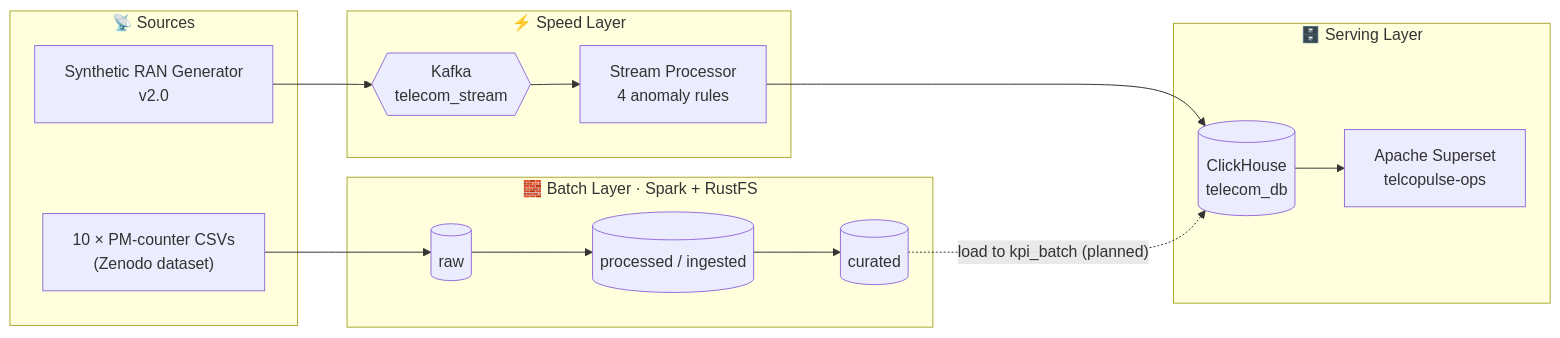
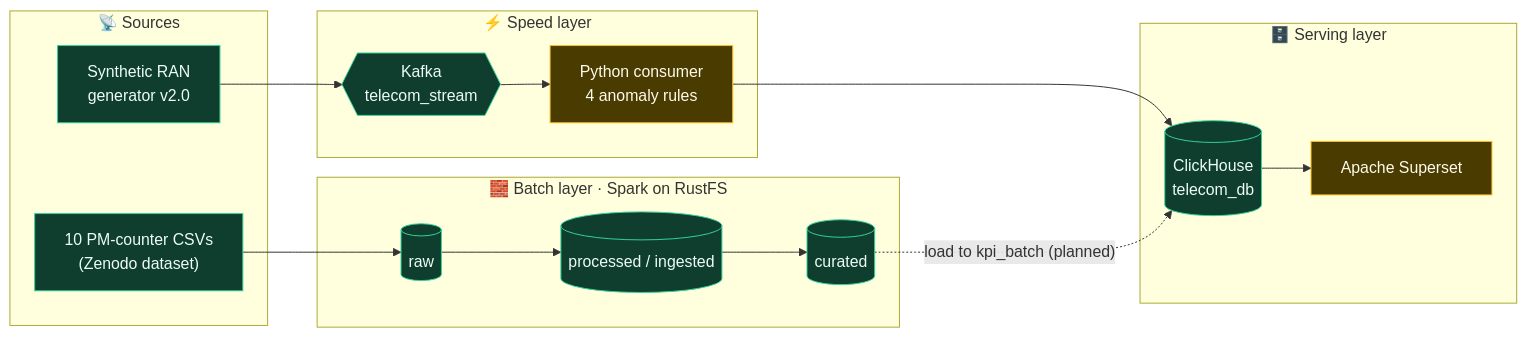
The third of 9 diagrams in README.md (MohammedAhmed-01/TelcoPulseCluster), drawn with Mermaid before and after one commit. The commit also changed other lines of this file, not shown here.

````diff
--- a/README.md
+++ b/README.md
@@ -88,26 +153,32 @@
 ```mermaid
 flowchart LR
+    classDef done fill:#0f3d2e,stroke:#34d399,color:#ecfdf5
+    classDef part fill:#4a3b00,stroke:#fbbf24,color:#fffbeb
+
     subgraph SRC["📡 Sources"]
-        CSV["10 × PM-counter CSVs<br/>(Zenodo dataset)"]
-        GEN["Synthetic RAN Generator<br/>v2.0"]
+        CSV["10 PM-counter CSVs<br/>(Zenodo dataset)"]
+        GEN["Synthetic RAN<br/>generator v2.0"]
     end
 
-    subgraph BATCH["🧱 Batch Layer · Spark + RustFS"]
+    subgraph BATCH["🧱 Batch layer · Spark on RustFS"]
         RAW[("raw")] --> ING[("processed / ingested")] --> CUR[("curated")]
     end
 
-    subgraph SPEED["⚡ Speed Layer"]
-        KAFKA{{"Kafka<br/>telecom_stream"}} --> SP["Stream Processor<br/>4 anomaly rules"]
+    subgraph SPEED["⚡ Speed layer"]
+        KAFKA{{"Kafka<br/>telecom_stream"}} --> SP["Python consumer<br/>4 anomaly rules"]
     end
 
-    subgraph SERVE["🗄️ Serving Layer"]
+    subgraph SERVE["🗄️ Serving layer"]
         CH[("ClickHouse<br/>telecom_db")]
-        SS["Apache Superset<br/>telcopulse-ops"]
+        SS["Apache Superset"]
     end
 
     CSV --> RAW
     GEN --> KAFKA
     SP --> CH
     CUR -. "load to kpi_batch (planned)" .-> CH
     CH --> SS
+
+    class CSV,GEN,RAW,ING,CUR,KAFKA,CH done
+    class SP,SS part
 ```
````
